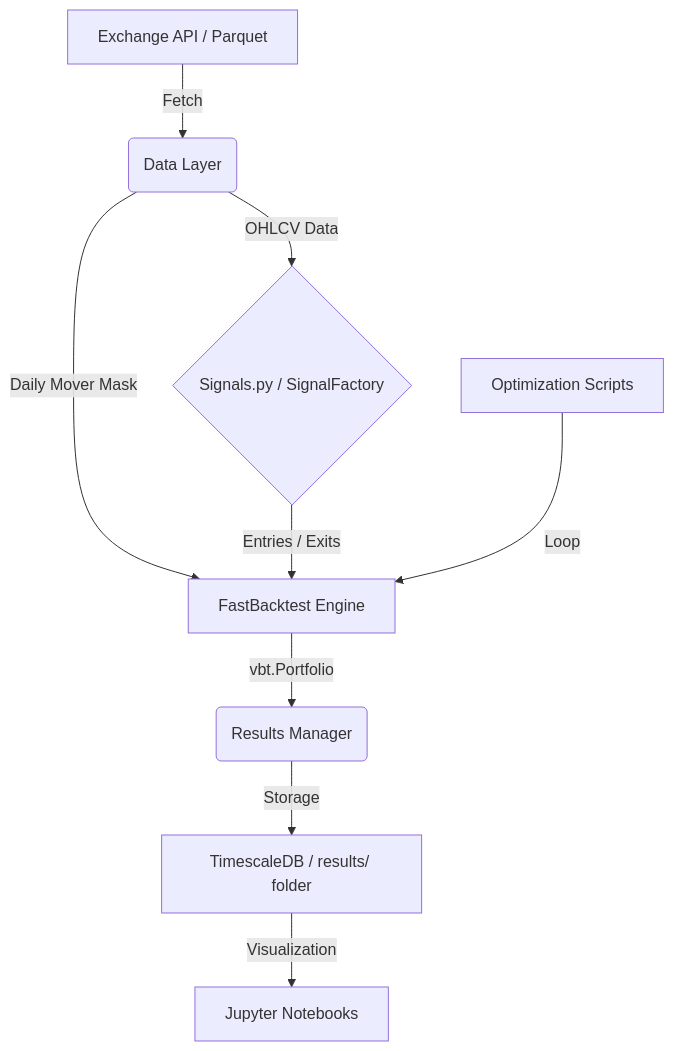
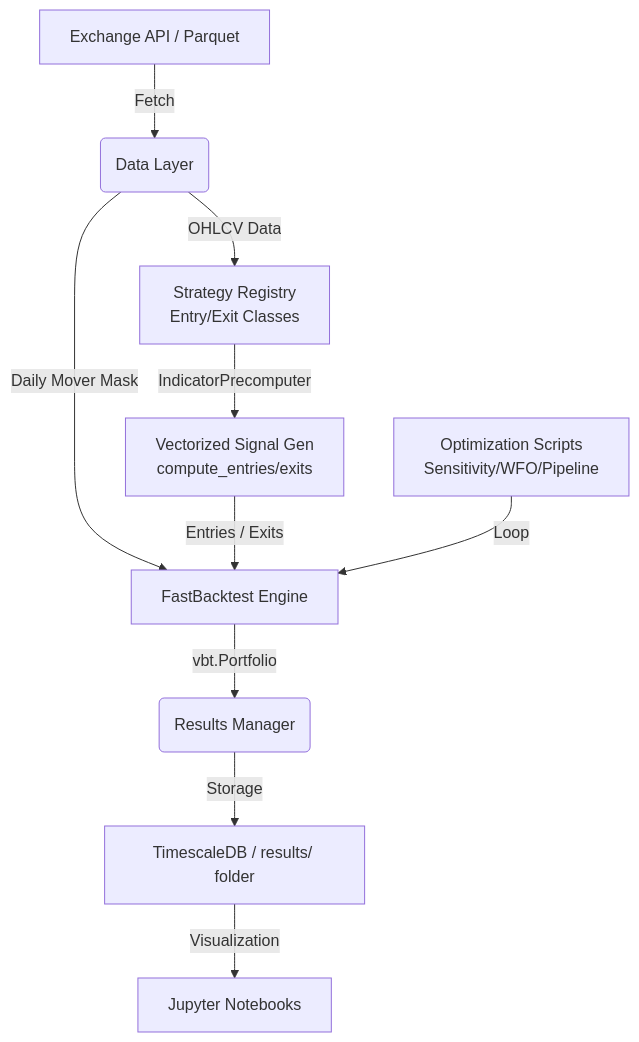
The diagram in docs/architecture.md (garykuepper/ggTrader), drawn with Mermaid before and after one commit. The commit also changed other lines of this file and 19 other files, not shown here.

First line of the commit message:
feat: Introduce full strategy pipeline for sensitivity analysis, per-coin WFO, and validation reporting

````diff
--- a/docs/architecture.md
+++ b/docs/architecture.md
@@ -37,11 +84,12 @@
 ```mermaid
 graph TD
     A[Exchange API / Parquet] -->|Fetch| B(Data Layer)
-    B -->|OHLCV Data| C{Signals.py / SignalFactory}
+    B -->|OHLCV Data| C["Strategy Registry<br/>Entry/Exit Classes"]
     B -->|Daily Mover Mask| D[FastBacktest Engine]
-    C -->|Entries / Exits| D
-    D -->|vbt.Portfolio| E(Results Manager)
-    E -->|Storage| F[TimescaleDB / results/ folder]
-    G[Optimization Scripts] -->|Loop| D
-    F -->|Visualization| H[Jupyter Notebooks]
+    C -->|IndicatorPrecomputer| E["Vectorized Signal Gen<br/>compute_entries/exits"]
+    E -->|Entries / Exits| D
+    D -->|vbt.Portfolio| F(Results Manager)
+    F -->|Storage| G[TimescaleDB / results/ folder]
+    H["Optimization Scripts<br/>Sensitivity/WFO/Pipeline"] -->|Loop| D
+    G -->|Visualization| I[Jupyter Notebooks]
 ```
````
